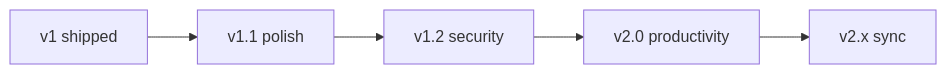
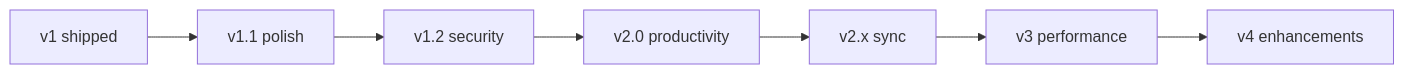
The first of 3 diagrams in docs/SPEC.md (ashutoshkumarsinha/terminalmanager), drawn with Mermaid before and after one commit. The commit also changed other lines of this file and 61 other files, not shown here.

````diff
--- a/docs/SPEC.md
+++ b/docs/SPEC.md
@@ -386,7 +454,9 @@
 ```mermaid
 flowchart LR
     v1[v1 shipped] --> v11[v1.1 polish]
     v11 --> v12[v1.2 security]
     v12 --> v20[v2.0 productivity]
     v20 --> v2x[v2.x sync]
+    v2x --> v30[v3 performance]
+    v30 --> v40[v4 enhancements]
 ```
````
